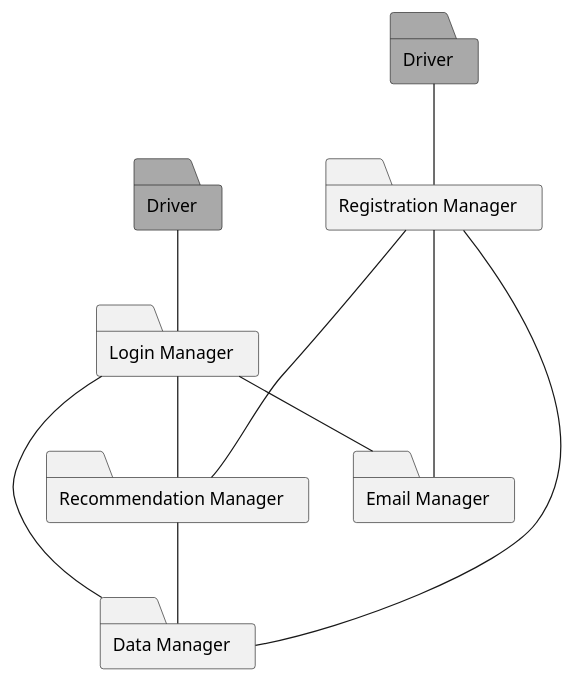
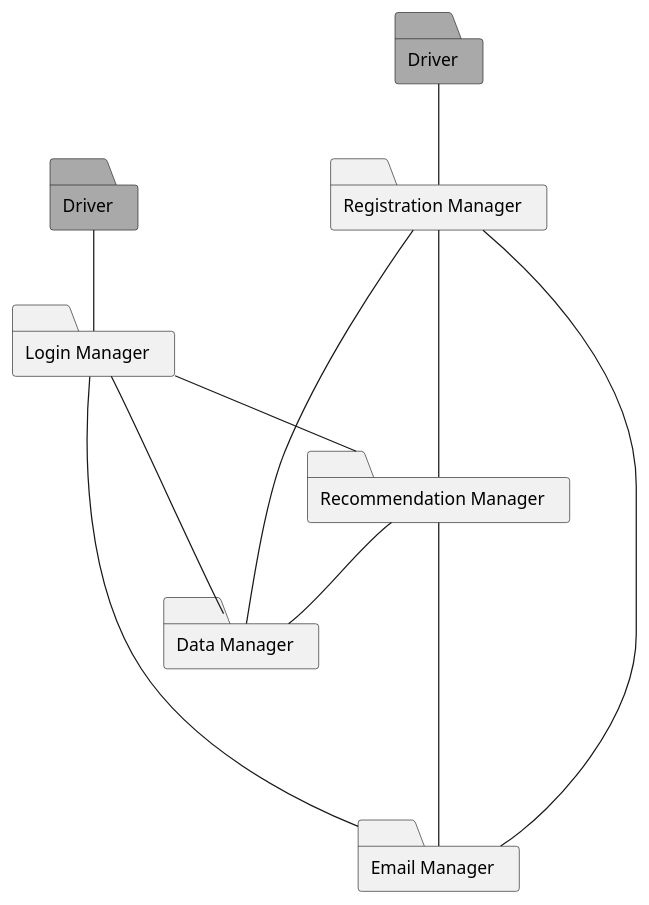
One commit to matti8702/R_and_DD_project_SE2 changed the diagram in DD/Implementation_integration_and_test_plan/uml_diagrams/registration&login.puml. Above: the diagram before and after it, drawn with PlantUML. The commit also changed 16 other files, not shown here.

```diff
--- a/DD/Implementation_integration_and_test_plan/uml_diagrams/registration&login.puml
+++ b/DD/Implementation_integration_and_test_plan/uml_diagrams/registration&login.puml
@@ -1,20 +1,21 @@
 @startuml feat2
 
 folder D1 as "Driver" #DarkGray
 folder D2 as "Driver" #DarkGray
 folder RS as "Registration Manager"
 folder L as "Login Manager"
 folder EM as "Email Manager"
 folder RM as "Recommendation Manager"
 folder DM as "Data Manager"
 
 L --- DM
 RS --- DM
 D1 -- L
 D2 -- RS
 L  -- EM
 RS -- EM
 L  -- RM
 RS --- RM
+RM ---- EM
 RM -- DM
 @enduml
```
